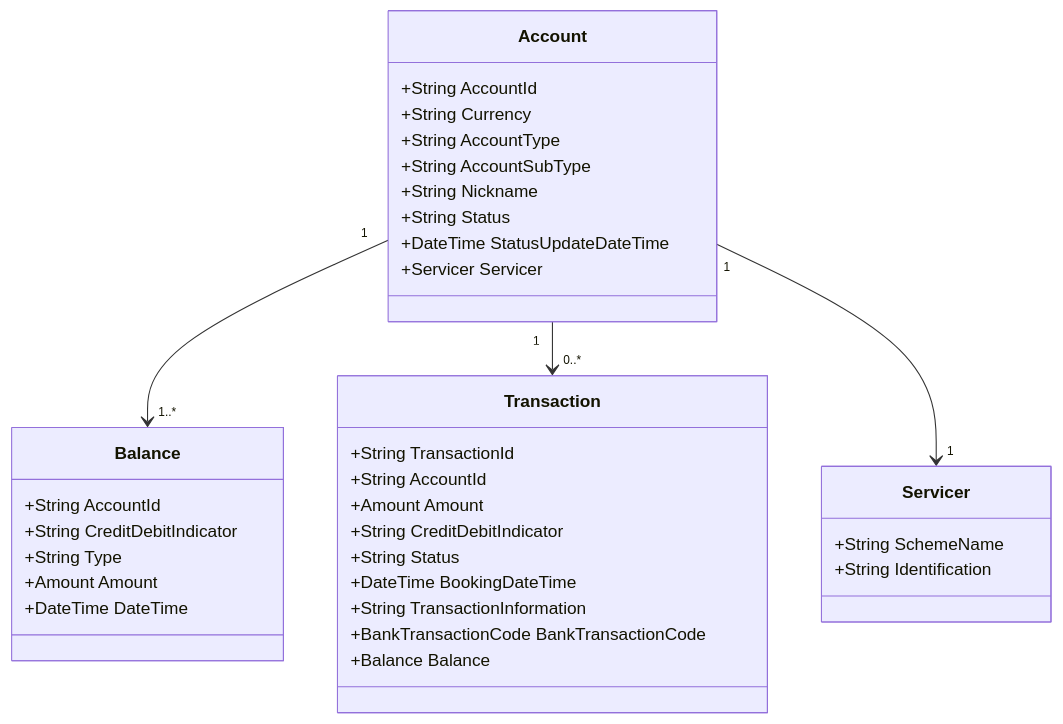
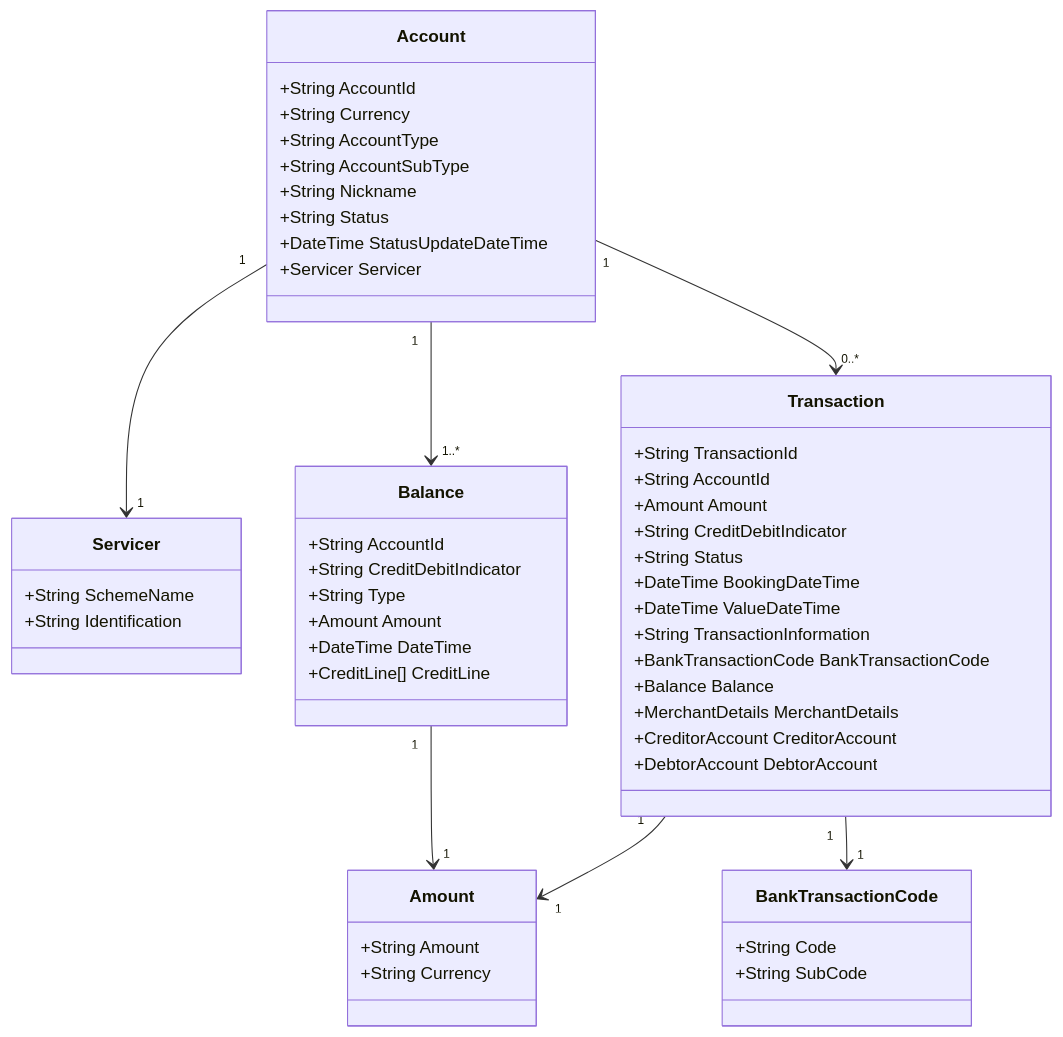
One commit to huuhoait/openbanking-vn-specs changed the sixth of 11 diagrams in 04-Dich-vu-Tai-khoan-AIS.md. Above: the diagram before and after it, drawn with Mermaid. The commit also changed other lines of this file and 14 other files, not shown here.

````diff
--- a/04-Dich-vu-Tai-khoan-AIS.md
+++ b/04-Dich-vu-Tai-khoan-AIS.md
@@ -315,42 +695,60 @@
 ```mermaid
 classDiagram
     class Account {
         +String AccountId
         +String Currency
         +String AccountType
         +String AccountSubType
         +String Nickname
         +String Status
         +DateTime StatusUpdateDateTime
         +Servicer Servicer
     }
     
     class Servicer {
         +String SchemeName
         +String Identification
     }
     
     class Balance {
         +String AccountId
         +String CreditDebitIndicator
         +String Type
         +Amount Amount
         +DateTime DateTime
+        +CreditLine[] CreditLine
     }
     
     class Transaction {
         +String TransactionId
         +String AccountId
         +Amount Amount
         +String CreditDebitIndicator
         +String Status
         +DateTime BookingDateTime
+        +DateTime ValueDateTime
         +String TransactionInformation
         +BankTransactionCode BankTransactionCode
         +Balance Balance
+        +MerchantDetails MerchantDetails
+        +CreditorAccount CreditorAccount
+        +DebtorAccount DebtorAccount
     }
     
+    class Amount {
+        +String Amount
+        +String Currency
+    }
+    
+    class BankTransactionCode {
+        +String Code
+        +String SubCode
+    }
+    
+    Account "1" --> "1" Servicer
     Account "1" --> "1..*" Balance
     Account "1" --> "0..*" Transaction
-    Account "1" --> "1" Servicer
+    Balance "1" --> "1" Amount
+    Transaction "1" --> "1" Amount
+    Transaction "1" --> "1" BankTransactionCode
 ```
````
